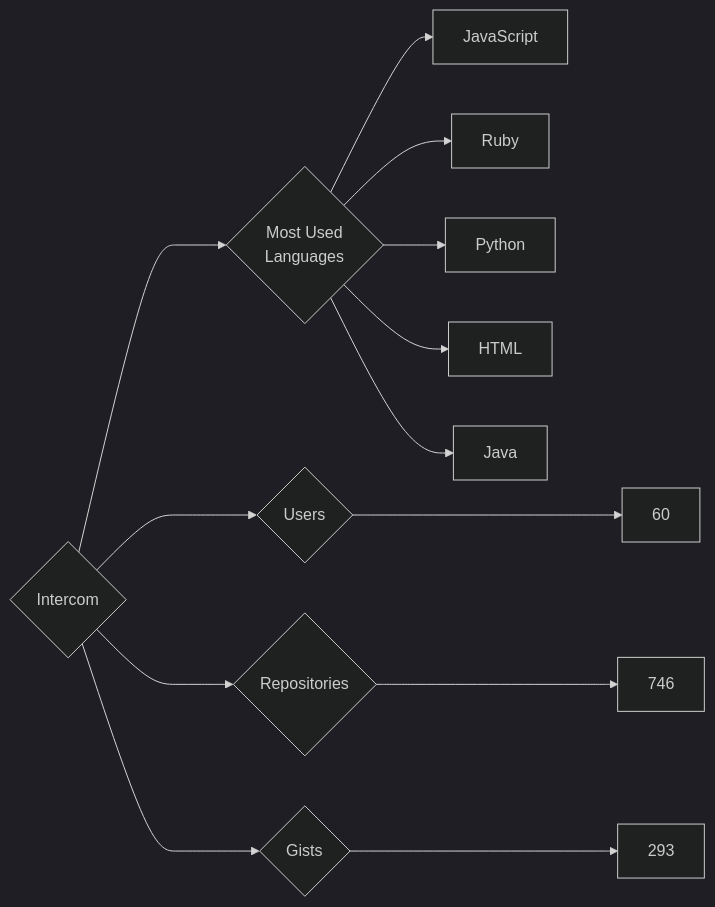
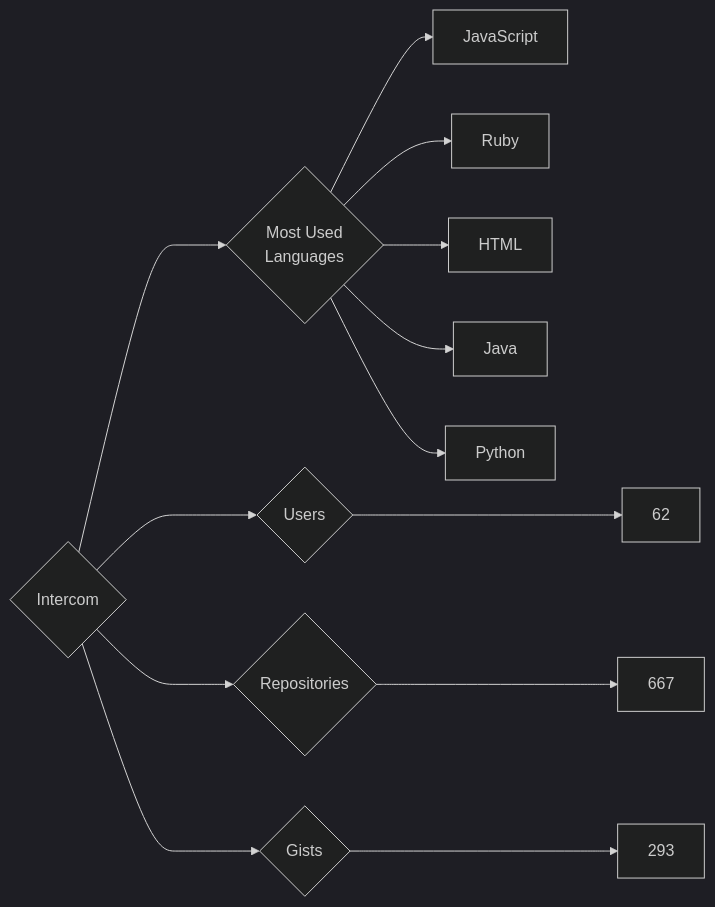
The diagram in targets/Intercom/README.md (trickest/insiders), drawn with Mermaid (dark theme) before and after one commit. The commit also changed 899 other files, not shown here.

````diff
--- a/targets/Intercom/README.md
+++ b/targets/Intercom/README.md
@@ -3,13 +3,13 @@
 ```mermaid
 graph LR
 COMPANY_NAME{Intercom}
-COMPANY_NAME ---> U{Users} ---> UN[60]
-COMPANY_NAME ---> R{Repositories} ---> RN[746]
+COMPANY_NAME ---> U{Users} ---> UN[62]
+COMPANY_NAME ---> R{Repositories} ---> RN[667]
 COMPANY_NAME ---> G{Gists} ---> GN[293]
 COMPANY_NAME ---> ML{Most Used<br>Languages}
 ML --> JavaScript[JavaScript]
 ML --> Ruby[Ruby]
-ML --> Python[Python]
 ML --> HTML[HTML]
 ML --> Java[Java]
+ML --> Python[Python]
 ```
````
